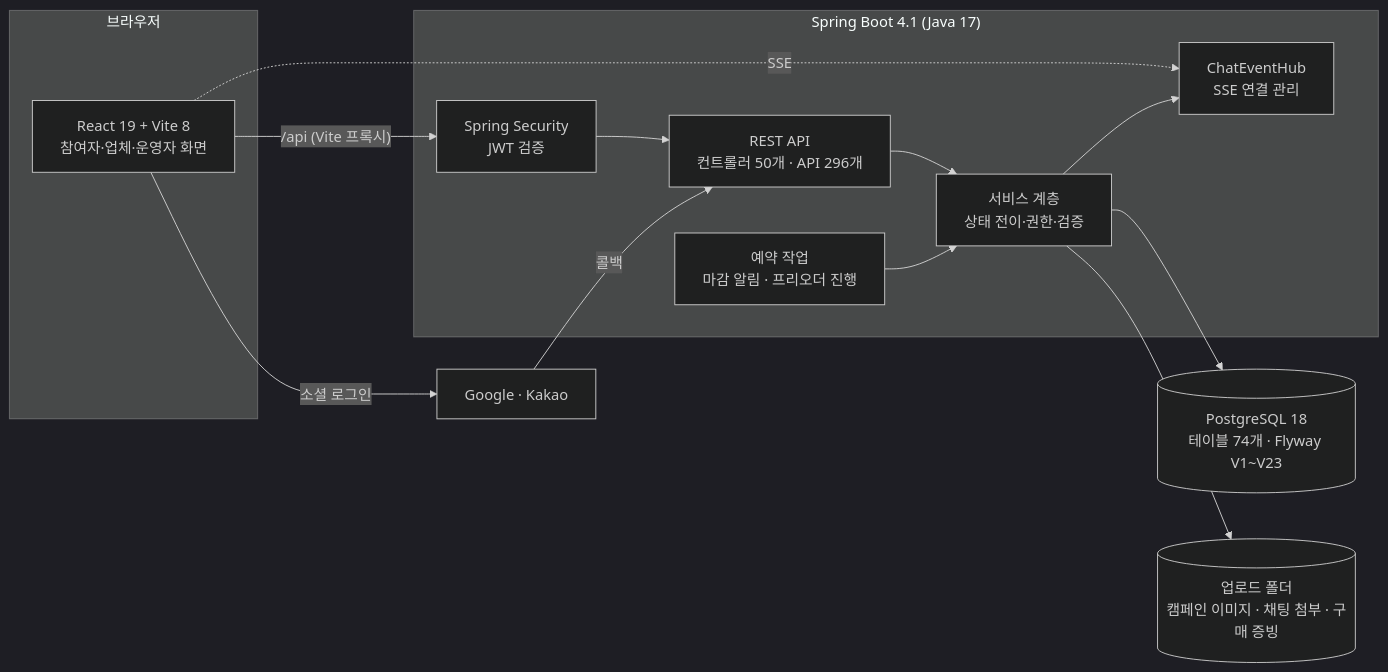
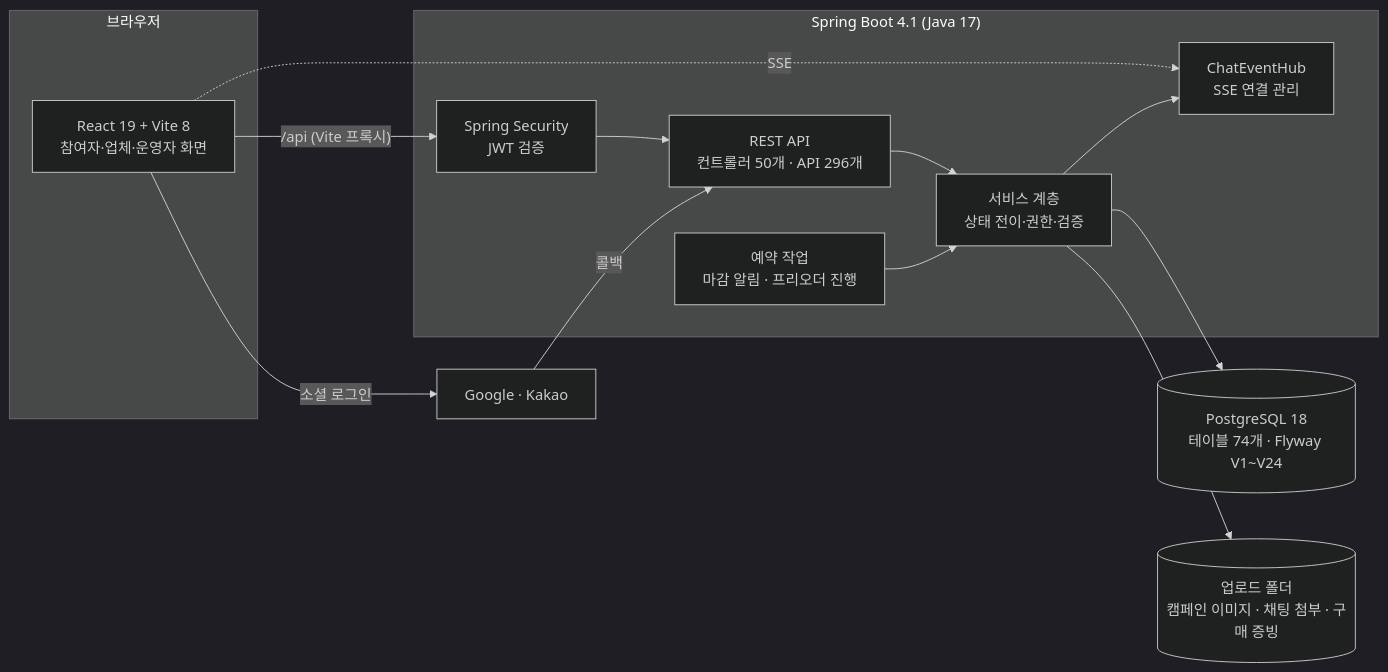
One commit to yoo-jin-k/movrit-backend changed the first of 2 diagrams in docs/portfolio/architecture.md. Above: the diagram before and after it, drawn with Mermaid (dark theme). The commit also changed 13 other files, not shown here.

````diff
--- a/docs/portfolio/architecture.md
+++ b/docs/portfolio/architecture.md
@@ -8,23 +8,23 @@
 ```mermaid
 flowchart LR
   subgraph Browser["브라우저"]
     FE["React 19 + Vite 8<br/>참여자·업체·운영자 화면"]
   end
   subgraph Server["Spring Boot 4.1 (Java 17)"]
     SEC["Spring Security<br/>JWT 검증"]
     API["REST API<br/>컨트롤러 50개 · API 296개"]
     SVC["서비스 계층<br/>상태 전이·권한·검증"]
     HUB["ChatEventHub<br/>SSE 연결 관리"]
     SCH["예약 작업<br/>마감 알림 · 프리오더 진행"]
   end
-  DB[("PostgreSQL 18<br/>테이블 74개 · Flyway V1~V23")]
+  DB[("PostgreSQL 18<br/>테이블 74개 · Flyway V1~V24")]
   FS[("업로드 폴더<br/>캠페인 이미지 · 채팅 첨부 · 구매 증빙")]
   OAUTH["Google · Kakao"]
 
   FE -- "/api (Vite 프록시)" --> SEC --> API --> SVC --> DB
   FE -. "SSE" .-> HUB
   SVC --> HUB
   SVC --> FS
   SCH --> SVC
   FE -- "소셜 로그인" --> OAUTH -- "콜백" --> API
 ```
````
